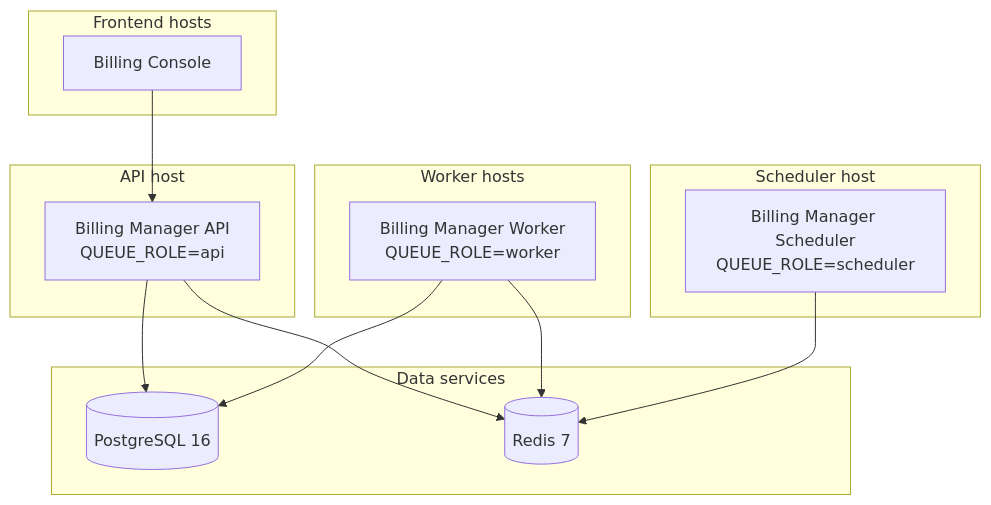
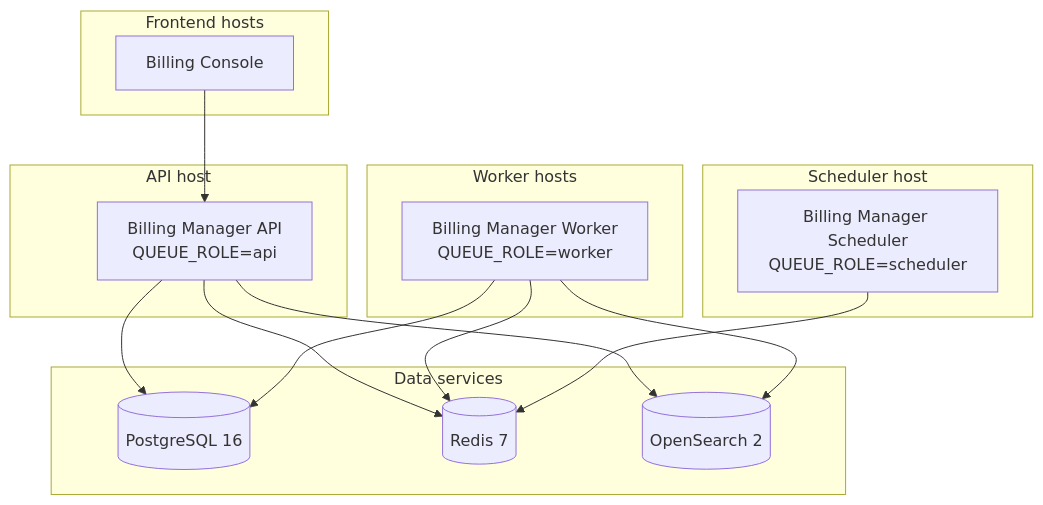
One commit to forepath/tsef changed the diagram in docs/decabill/deployment/system-requirements.md. Above: the diagram before and after it, drawn with Mermaid. The commit also changed other lines of this file and 385 other files, not shown here.

````diff
--- a/docs/decabill/deployment/system-requirements.md
+++ b/docs/decabill/deployment/system-requirements.md
@@ -11,30 +11,33 @@
 ```mermaid
 graph TB
     subgraph "Frontend hosts"
         BC[Billing Console]
     end
 
     subgraph "API host"
         API[Billing Manager API<br/>QUEUE_ROLE=api]
     end
 
     subgraph "Worker hosts"
         WRK[Billing Manager Worker<br/>QUEUE_ROLE=worker]
     end
 
     subgraph "Scheduler host"
         SCH[Billing Manager Scheduler<br/>QUEUE_ROLE=scheduler]
     end
 
     subgraph "Data services"
         PG[(PostgreSQL 16)]
         RD[(Redis 7)]
+        OS[(OpenSearch 2)]
     end
 
     BC --> API
     API --> PG
     API --> RD
+    API --> OS
     WRK --> PG
     WRK --> RD
+    WRK --> OS
     SCH --> RD
 ```
````
